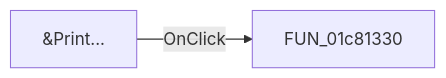
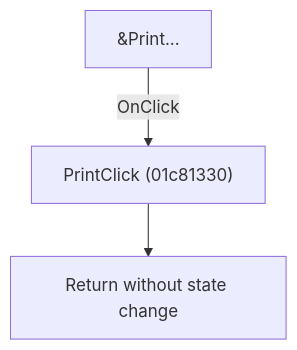
The diagram in docs/ui-controls/schematiceditor/print-13466c318c.md (MovGP0/TIARA), drawn with Mermaid before and after one commit. The commit also changed other lines of this file and 1062 other files, not shown here.

````diff
--- a/docs/ui-controls/schematiceditor/print-13466c318c.md
+++ b/docs/ui-controls/schematiceditor/print-13466c318c.md
@@ -27,4 +27,5 @@
 ```mermaid
-flowchart LR
-    control["&Print..."] -->|OnClick| handler["FUN_01c81330"]
+flowchart TD
+    control["&Print..."] -->|"OnClick"| handler["PrintClick (01c81330)"]
+    handler --> return["Return without state change"]
 ```
````
